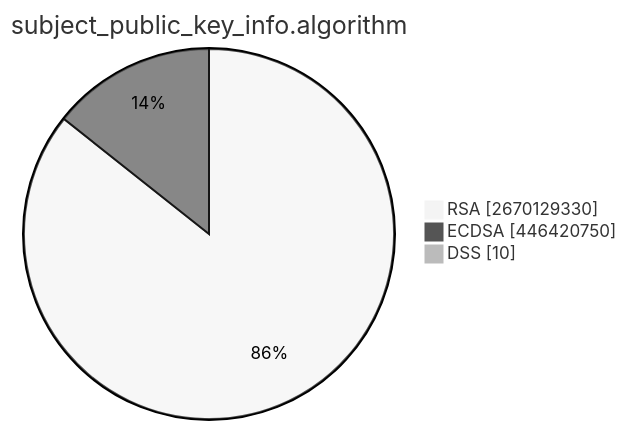
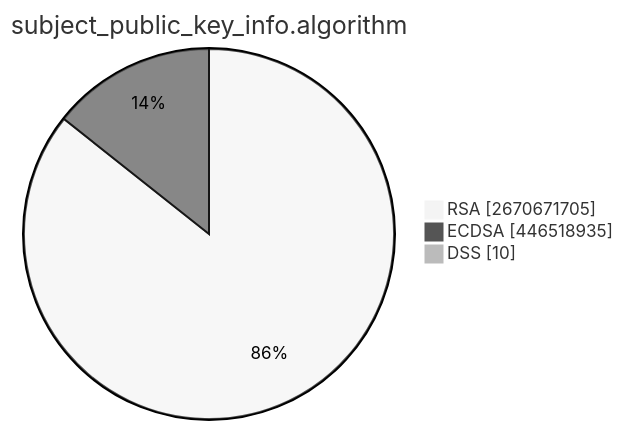
One commit to christiankrug/ctmonitor_visualization changed the second of 15 diagrams in TOTAL/README.md. Above: the diagram before and after it, drawn with Mermaid (neutral theme). The commit also changed other lines of this file, not shown here.

````diff
--- a/TOTAL/README.md
+++ b/TOTAL/README.md
@@ -6,7 +6,7 @@
 ```mermaid
 pie showData
 title subject_public_key_info.algorithm
-"RSA" :2670129330
-"ECDSA" :446420750
+"RSA" :2670671705
+"ECDSA" :446518935
 "DSS" :10
 ```
````
